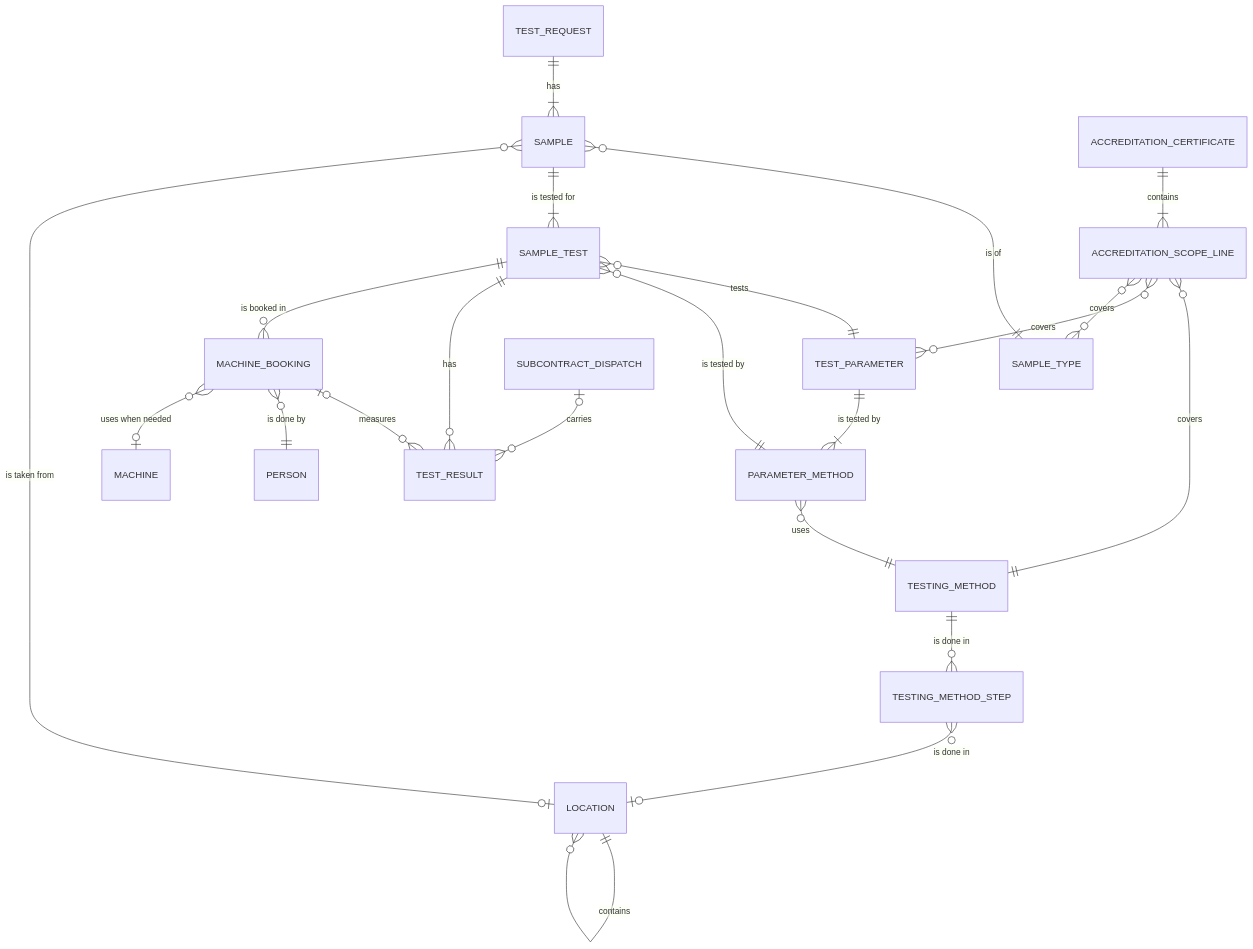
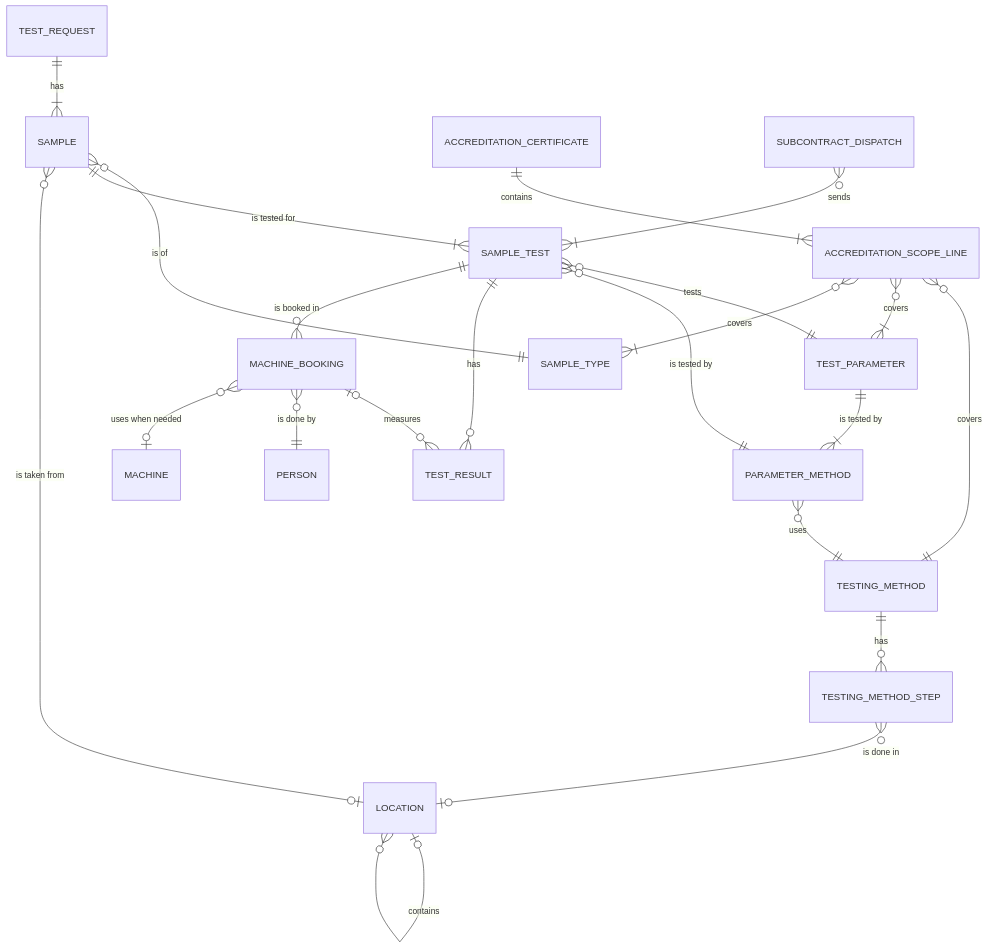
One commit to SoltuneMontepre/medilab changed the first of 9 diagrams in docs/functional/laboratory_module/overview.md. Above: the diagram before and after it, drawn with Mermaid. The commit also changed other lines of this file and 122 other files, not shown here.

First line of the commit message:
[docs] Align the requirements with the final activity diagrams and BM04 v1.1 (#551)

````diff
--- a/docs/functional/laboratory_module/overview.md
+++ b/docs/functional/laboratory_module/overview.md
@@ -14,24 +14,24 @@
 ```mermaid
 erDiagram
     TEST_REQUEST ||--|{ SAMPLE : has
     SAMPLE }o--|| SAMPLE_TYPE : "is of"
     SAMPLE ||--|{ SAMPLE_TEST : "is tested for"
     SAMPLE_TEST }o--|| TEST_PARAMETER : tests
     SAMPLE_TEST }o--|| PARAMETER_METHOD : "is tested by"
     TEST_PARAMETER ||--|{ PARAMETER_METHOD : "is tested by"
     PARAMETER_METHOD }o--|| TESTING_METHOD : uses
-    TESTING_METHOD ||--o{ TESTING_METHOD_STEP : "is done in"
-    LOCATION ||--o{ LOCATION : contains
+    TESTING_METHOD ||--o{ TESTING_METHOD_STEP : has
+    LOCATION |o--o{ LOCATION : contains
     TESTING_METHOD_STEP }o--o| LOCATION : "is done in"
     SAMPLE }o--o| LOCATION : "is taken from"
     ACCREDITATION_CERTIFICATE ||--|{ ACCREDITATION_SCOPE_LINE : contains
     ACCREDITATION_SCOPE_LINE }o--|| TESTING_METHOD : covers
-    ACCREDITATION_SCOPE_LINE }o--o{ TEST_PARAMETER : covers
-    ACCREDITATION_SCOPE_LINE }o--o{ SAMPLE_TYPE : covers
+    ACCREDITATION_SCOPE_LINE }o--|{ TEST_PARAMETER : covers
+    ACCREDITATION_SCOPE_LINE }o--|{ SAMPLE_TYPE : covers
     SAMPLE_TEST ||--o{ TEST_RESULT : has
     SAMPLE_TEST ||--o{ MACHINE_BOOKING : "is booked in"
     MACHINE_BOOKING o|--o{ TEST_RESULT : measures
-    SUBCONTRACT_DISPATCH o|--o{ TEST_RESULT : carries
+    SUBCONTRACT_DISPATCH }o--|{ SAMPLE_TEST : sends
     MACHINE_BOOKING }o--|| PERSON : "is done by"
     MACHINE_BOOKING }o--o| MACHINE : "uses when needed"
 ```
````
